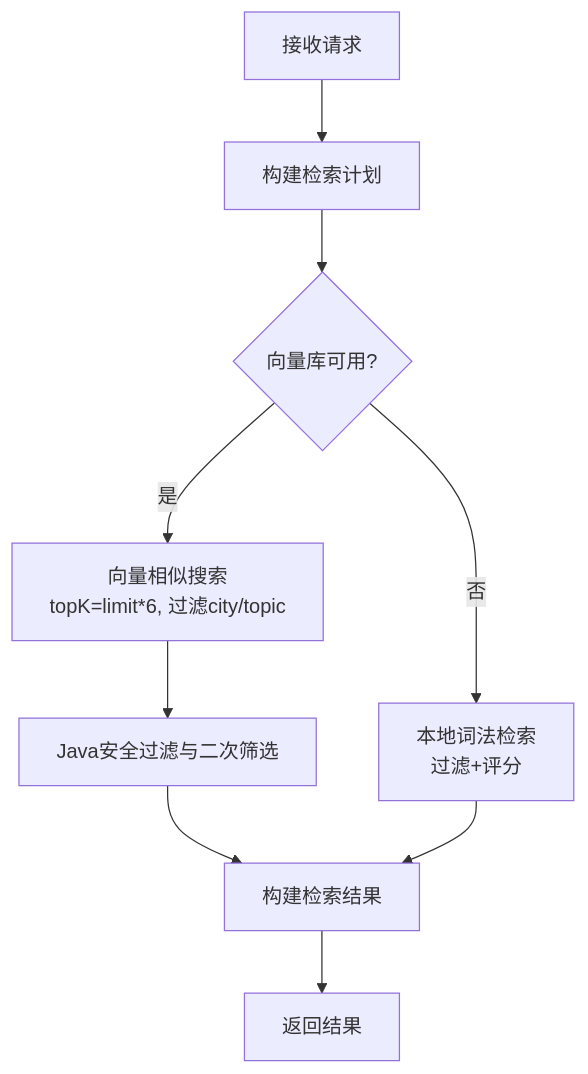
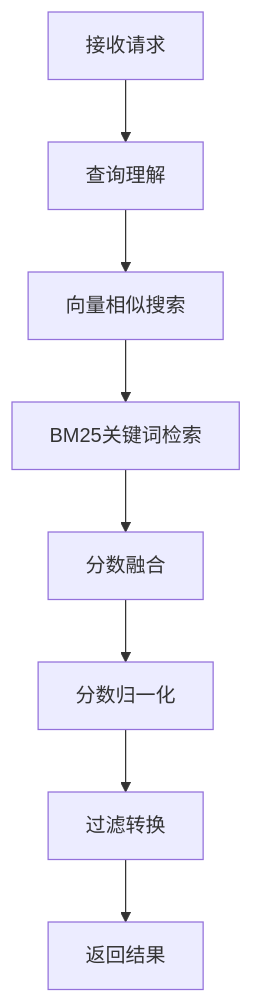
One commit to Sinlair/TravelAgent changed the sixth of 9 diagrams in .qoder/repowiki/zh/content/知识管理系统/RAG实现细节.md. Above: the diagram before and after it, drawn with Mermaid. The commit also changed other lines of this file and 53 other files, not shown here.

````diff
--- a/.qoder/repowiki/zh/content/知识管理系统/RAG实现细节.md
+++ b/.qoder/repowiki/zh/content/知识管理系统/RAG实现细节.md
@@ -238,11 +337,10 @@
 ```mermaid
 flowchart TD
-A["接收请求"] --> P["构建检索计划"]
-P --> V{"向量库可用?"}
-V -- 是 --> VS["向量相似搜索<br/>topK=limit*6, 过滤city/topic"]
-V -- 否 --> LF["本地词法检索<br/>过滤+评分"]
-VS --> J["Java安全过滤与二次筛选"]
-J --> R["构建检索结果"]
-LF --> R
-R --> E["返回结果"]
+A["接收请求"] --> P["查询理解"]
+P --> V["向量相似搜索"]
+V --> B["BM25关键词检索"]
+B --> F["分数融合"]
+F --> N["分数归一化"]
+N --> FIL["过滤转换"]
+FIL --> R["返回结果"]
 ```
````
